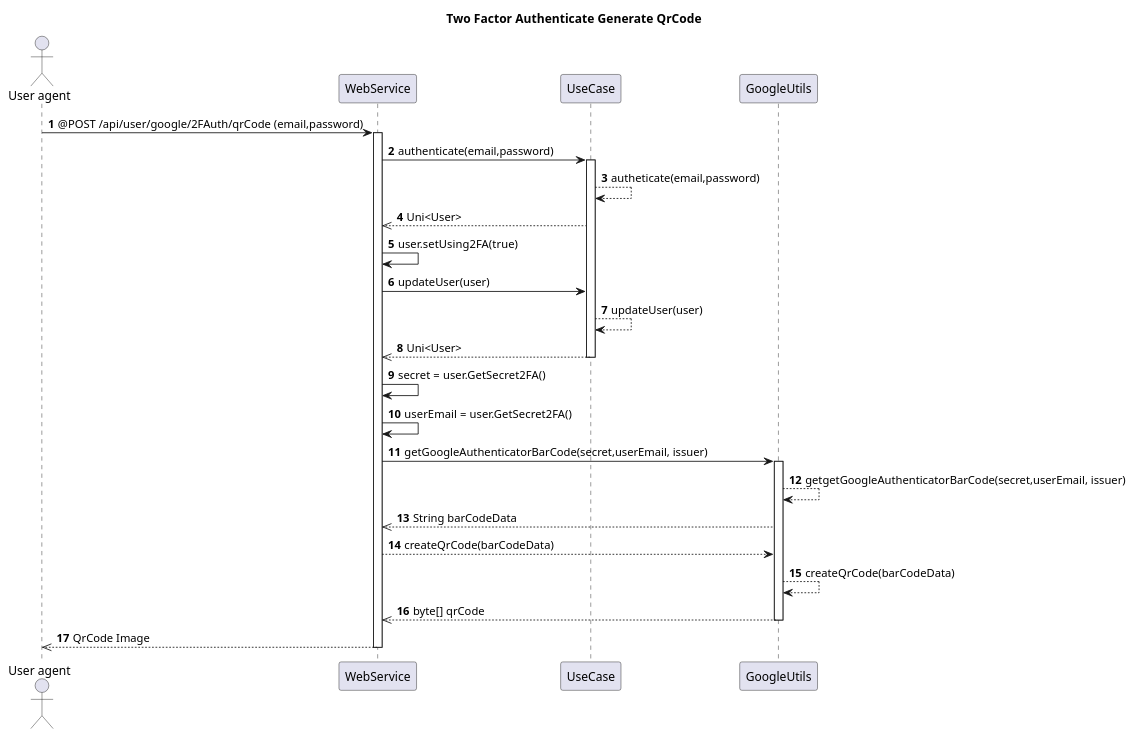
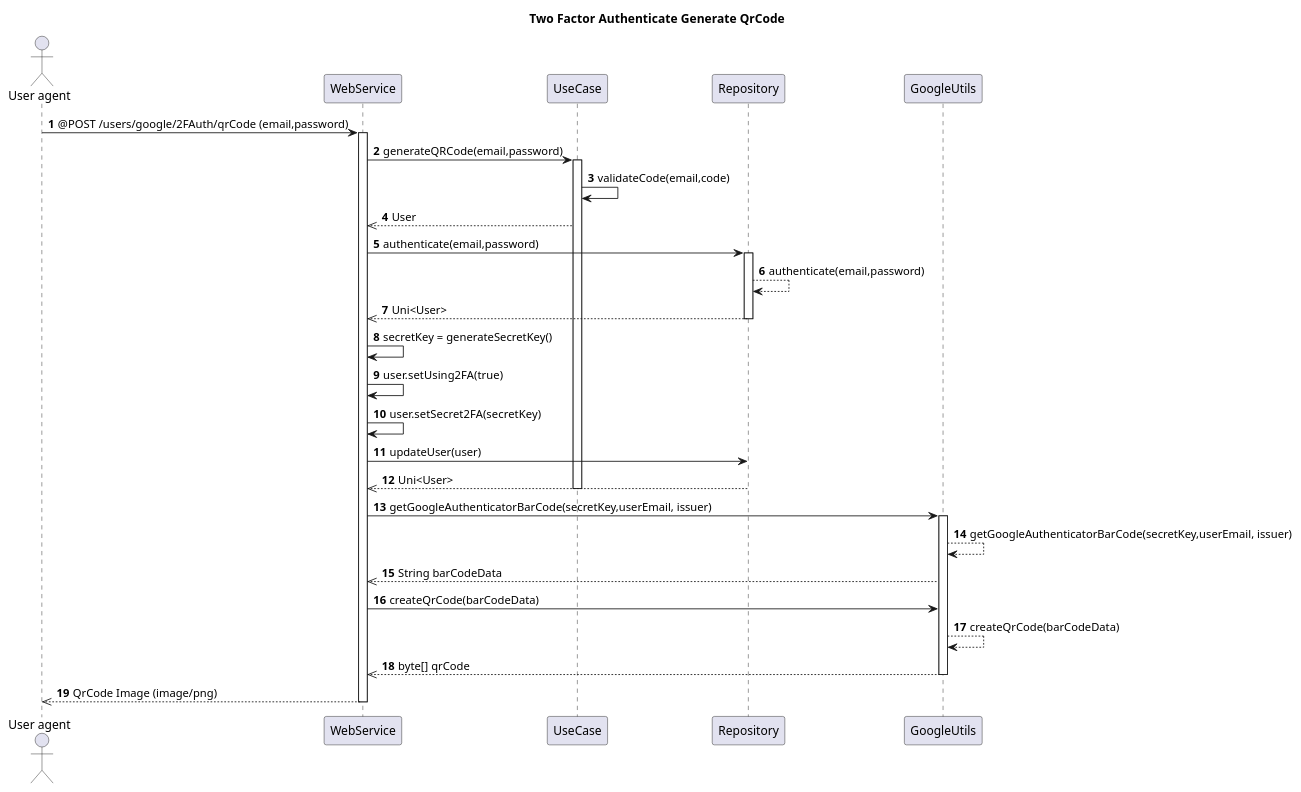
The diagram in docs/usecases/TwoFactorAuth/sequenceGenerateQrCode.puml (orion-services/users), drawn with PlantUML before and after one commit. The commit also changed 15 other files, not shown here.

```diff
--- a/docs/usecases/TwoFactorAuth/sequenceGenerateQrCode.puml
+++ b/docs/usecases/TwoFactorAuth/sequenceGenerateQrCode.puml
@@ -1,35 +1,39 @@
 @startuml
     title Two Factor Authenticate Generate QrCode
     actor "User agent" as user
     autonumber
 
-    user -> WebService: @POST /api/user/google/2FAuth/qrCode (email,password)
+    user -> WebService: @POST /users/google/2FAuth/qrCode (email,password)
     activate WebService
 
-    WebService -> UseCase: authenticate(email,password)
+    WebService -> UseCase: generateQRCode(email,password)
     activate UseCase
 
-    UseCase --> UseCase : autheticate(email,password)
-    UseCase -->> WebService : Uni<User>
+    UseCase -> UseCase: validateCode(email,code)
+    UseCase -->> WebService: User
 
-    WebService -> WebService : user.setUsing2FA(true)
-    WebService -> UseCase: updateUser(user)
+    WebService -> Repository: authenticate(email,password)
+    activate Repository
+    Repository --> Repository: authenticate(email,password)
+    Repository -->> WebService: Uni<User>
+    deactivate Repository
 
-    UseCase --> UseCase : updateUser(user)
-    UseCase -->> WebService: Uni<User>
+    WebService -> WebService: secretKey = generateSecretKey()
+    WebService -> WebService: user.setUsing2FA(true)
+    WebService -> WebService: user.setSecret2FA(secretKey)
+    WebService -> Repository: updateUser(user)
+    Repository -->> WebService: Uni<User>
     deactivate UseCase
 
-    WebService -> WebService : secret = user.GetSecret2FA()
-    WebService -> WebService : userEmail = user.GetSecret2FA()
-    WebService -> GoogleUtils : getGoogleAuthenticatorBarCode(secret,userEmail, issuer)
+    WebService -> GoogleUtils: getGoogleAuthenticatorBarCode(secretKey,userEmail, issuer)
     activate GoogleUtils
-    GoogleUtils --> GoogleUtils : getgetGoogleAuthenticatorBarCode(secret,userEmail, issuer)
-    GoogleUtils -->> WebService : String barCodeData
-    WebService --> GoogleUtils : createQrCode(barCodeData)
-    GoogleUtils --> GoogleUtils : createQrCode(barCodeData)
-    GoogleUtils -->> WebService : byte[] qrCode
+    GoogleUtils --> GoogleUtils: getGoogleAuthenticatorBarCode(secretKey,userEmail, issuer)
+    GoogleUtils -->> WebService: String barCodeData
+    WebService -> GoogleUtils: createQrCode(barCodeData)
+    GoogleUtils --> GoogleUtils: createQrCode(barCodeData)
+    GoogleUtils -->> WebService: byte[] qrCode
     deactivate GoogleUtils
 
-    WebService -->> user : QrCode Image
+    WebService -->> user: QrCode Image (image/png)
     deactivate WebService
 @enduml
```
